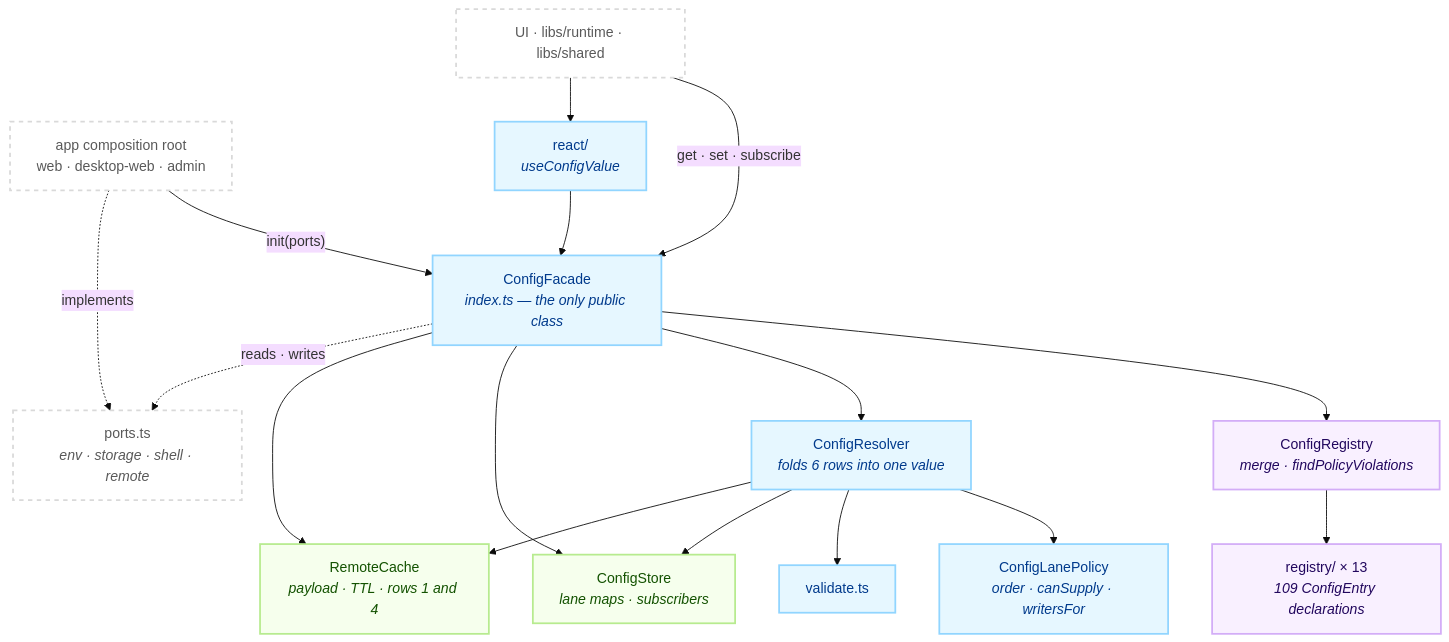
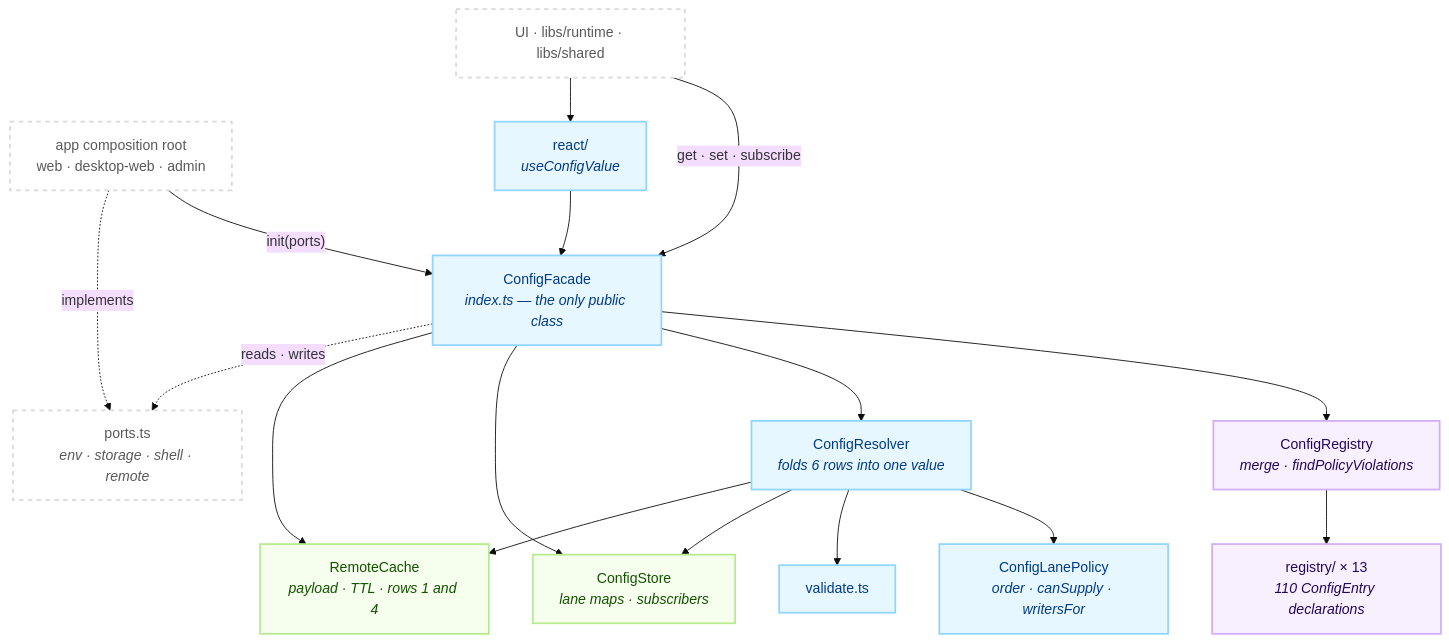
Before and after one commit to lemoncloud-io/dou-app: the first of 2 diagrams in libs/config/README.md, drawn with Mermaid (base theme). The commit also changed other lines of this file and 29 other files, not shown here.

````diff
--- a/libs/config/README.md
+++ b/libs/config/README.md
@@ -62,40 +62,40 @@
 ```mermaid
 flowchart TD
     classDef decl fill:#f9f0ff,stroke:#d3adf7,stroke-width:2px,color:#22075e;
     classDef resl fill:#e6f7ff,stroke:#91d5ff,stroke-width:2px,color:#003a8c;
     classDef hold fill:#f6ffed,stroke:#b7eb8f,stroke-width:2px,color:#135200;
     classDef ext fill:#ffffff,stroke:#d9d9d9,stroke-width:2px,color:#595959,stroke-dasharray: 5 5;
 
     App["app composition root<br/>web · desktop-web · admin"]:::ext
     UI["UI · libs/runtime · libs/shared"]:::ext
 
     Facade["ConfigFacade<br/><i>index.ts — the only public class</i>"]:::resl
     React["react/<br/><i>useConfigValue</i>"]:::resl
 
     Registry["ConfigRegistry<br/><i>merge · findPolicyViolations</i>"]:::decl
-    Modules["registry/ × 13<br/><i>109 ConfigEntry declarations</i>"]:::decl
+    Modules["registry/ × 13<br/><i>110 ConfigEntry declarations</i>"]:::decl
 
     Resolver["ConfigResolver<br/><i>folds 6 rows into one value</i>"]:::resl
     Policy["ConfigLanePolicy<br/><i>order · canSupply · writersFor</i>"]:::resl
     Validate["validate.ts"]:::resl
 
     Store["ConfigStore<br/><i>lane maps · subscribers</i>"]:::hold
     Remote["RemoteCache<br/><i>payload · TTL · rows 1 and 4</i>"]:::hold
 
     Ports["ports.ts<br/><i>env · storage · shell · remote</i>"]:::ext
 
     App -->|"init(ports)"| Facade
     UI -->|"get · set · subscribe"| Facade
     UI --> React
     React --> Facade
     Facade --> Registry --> Modules
     Facade --> Resolver
     Facade --> Store
     Facade --> Remote
     Resolver --> Policy
     Resolver --> Validate
     Resolver --> Store
     Resolver --> Remote
     Facade -.->|"reads · writes"| Ports
     App -.->|"implements"| Ports
 ```
````
